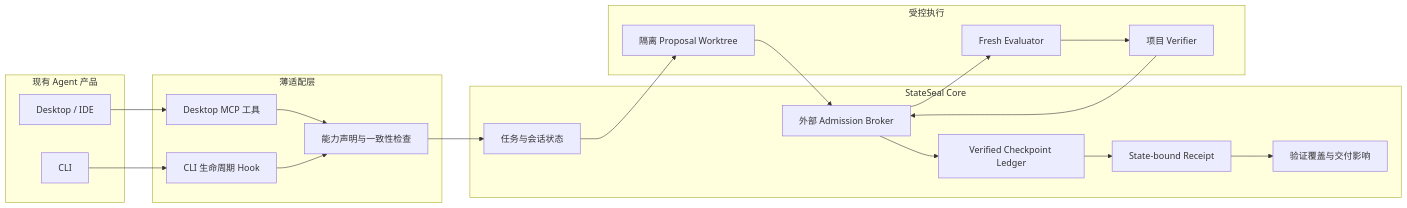
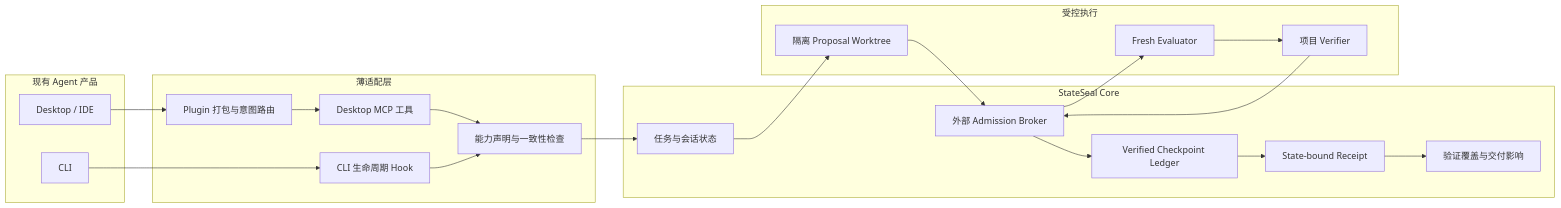
One commit to hellogxp/stateseal changed the second of 2 diagrams in docs/zh-CN/product-map.md. Above: the diagram before and after it, drawn with Mermaid. The commit also changed other lines of this file and 39 other files, not shown here.

````diff
--- a/docs/zh-CN/product-map.md
+++ b/docs/zh-CN/product-map.md
@@ -34,35 +37,36 @@
 ```mermaid
 flowchart LR
     subgraph Agent["现有 Agent 产品"]
         CLI["CLI"]
         DESKTOP["Desktop / IDE"]
     end
 
     subgraph Adapter["薄适配层"]
+        PLUGIN["Plugin 打包与意图路由"]
         EVENT["CLI 生命周期 Hook"]
         MCP["Desktop MCP 工具"]
         CONF["能力声明与一致性检查"]
     end
 
     subgraph Core["StateSeal Core"]
         SESSION["任务与会话状态"]
         BROKER["外部 Admission Broker"]
         CHECKPOINT["Verified Checkpoint Ledger"]
         RECEIPT["State-bound Receipt"]
         COVERAGE["验证覆盖与交付影响"]
     end
 
     subgraph Runtime["受控执行"]
         PROPOSAL["隔离 Proposal Worktree"]
         EVALUATOR["Fresh Evaluator"]
         VERIFIER["项目 Verifier"]
     end
 
     CLI --> EVENT
-    DESKTOP --> MCP
+    DESKTOP --> PLUGIN --> MCP
     MCP --> CONF
     EVENT --> CONF --> SESSION
     SESSION --> PROPOSAL --> BROKER
     BROKER --> EVALUATOR --> VERIFIER --> BROKER
     BROKER --> CHECKPOINT --> RECEIPT --> COVERAGE
 ```
````
